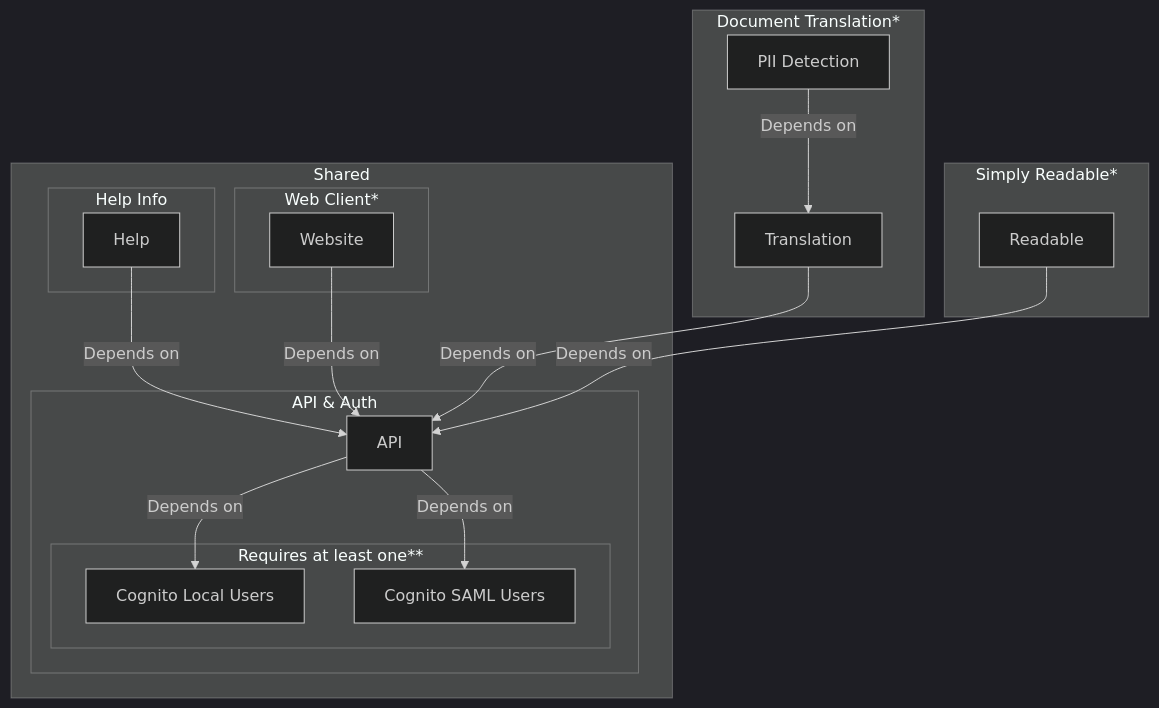
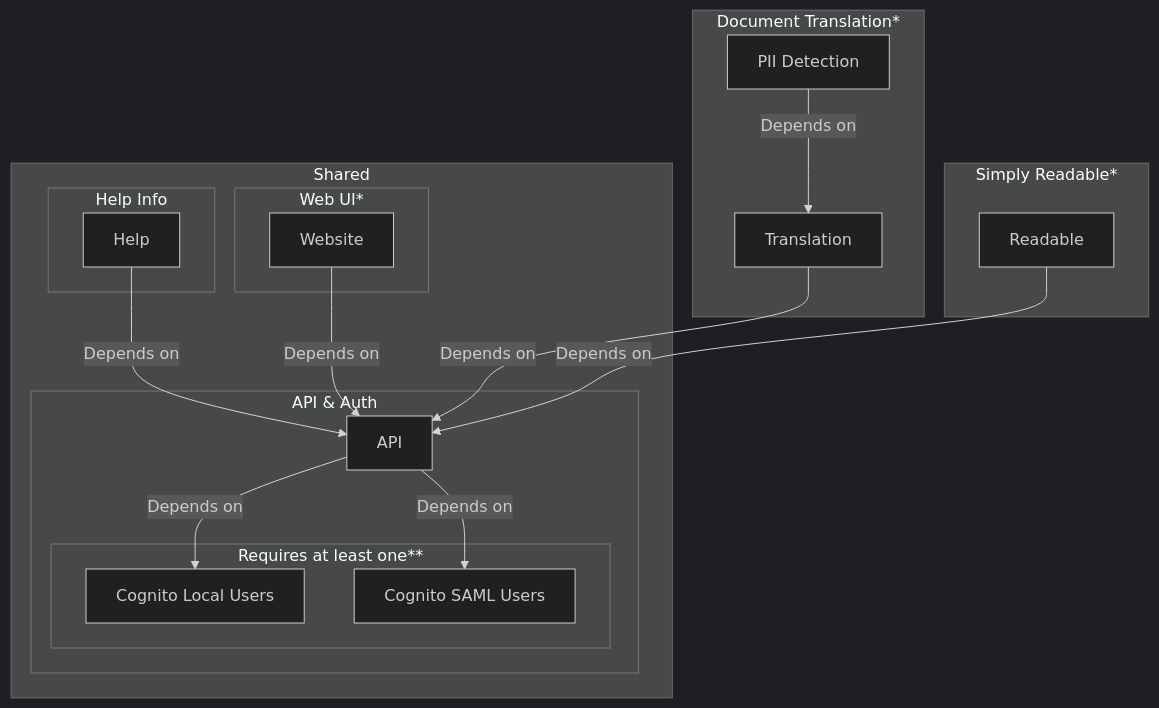
One commit to aws-samples/document-translation changed the diagram in docs/content/docs/architecture.md. Above: the diagram before and after it, drawn with Mermaid (dark theme). The commit also changed other lines of this file and 38 other files, not shown here.

````diff
--- a/docs/content/docs/architecture.md
+++ b/docs/content/docs/architecture.md
@@ -32,49 +33,49 @@
 ```mermaid
 flowchart TD
     %% NODES
     cognitoLocal["Cognito Local Users"]
     cognitoSaml["Cognito SAML Users"]
     api["API"]
     help["Help"]
     web["Website"]
     dt["Translation"]
     dtPii["PII Detection"]
     sr["Readable"]
 
     %% LINKS
     help   -- Depends on --> api
     web   -- Depends on --> api
     dtPii -- Depends on --> dt -- Depends on --> api
     sr    -- Depends on --> api
 
     api   -- Depends on --> cognitoLocal
     api   -- Depends on --> cognitoSaml
 
     %% GROUPS
     subgraph Document Translation*
       dt
       dtPii
     end
 
     subgraph Simply Readable*
       sr
     end
 
     subgraph Shared
       subgraph Help Info
         help
       end
-      subgraph Web Client*
+      subgraph Web UI*
         web
       end
 
       subgraph API & Auth
         api
 
         subgraph Requires at least one**
             cognitoLocal
             cognitoSaml
         end
       end
     end
 ```
````
